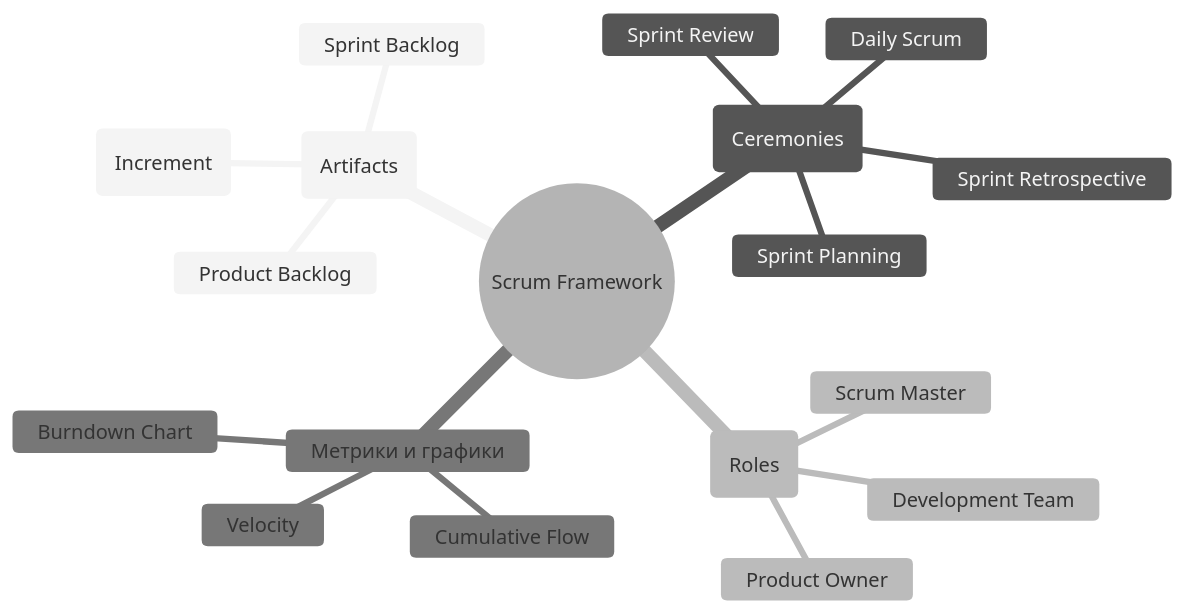
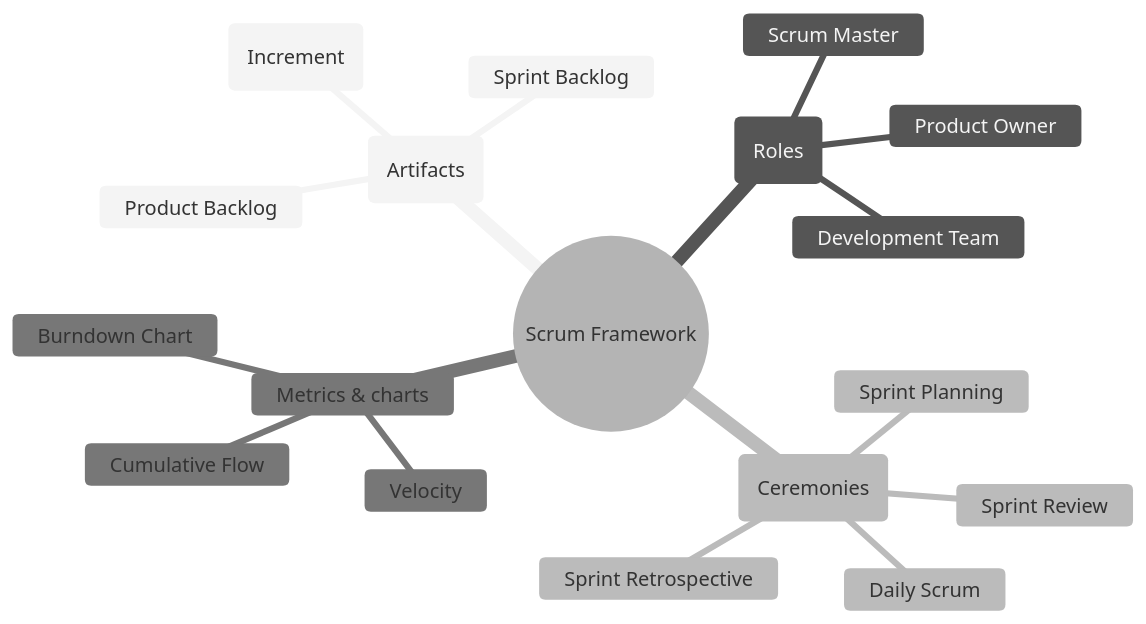
Before and after one commit to mrtxee/enterprise-developer-almanac: the first of 8 diagrams in product-manager/scrum/scrum.md, drawn with Mermaid (neutral theme). The commit also changed other lines of this file and 632 other files, not shown here.

````diff
--- a/product-manager/scrum/scrum.md
+++ b/product-manager/scrum/scrum.md
@@ -92,28 +91,28 @@
 ```mermaid
 ---
 title: Структура Scrum Framework
 ---
 mindmap
   root((Scrum Framework))
 
     Артефакты (Artifacts)
       Product Backlog
       Sprint Backlog
       Инкремент (Increment)
 
+    Роли (Roles)
+      Product Owner
+      Scrum Master
+      Development Team
+
     Церемонии (Ceremonies)
       Sprint Planning
       Daily Scrum
       Sprint Review
       Sprint Retrospective
 
-    Роли (Roles)
-      Product Owner
-      Scrum Master
-      Development Team
-
-    Метрики и графики
+    Metrics & charts
       Velocity
       Burndown Chart
       Cumulative Flow
 ```
````
